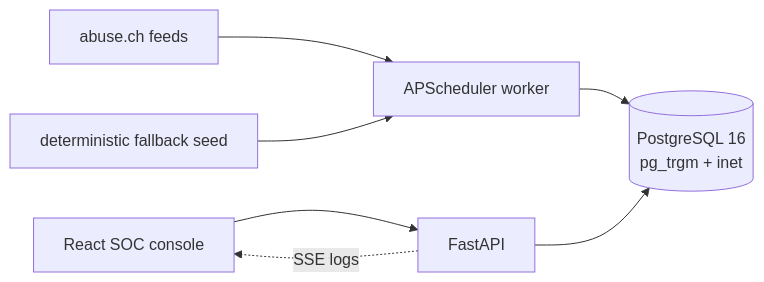
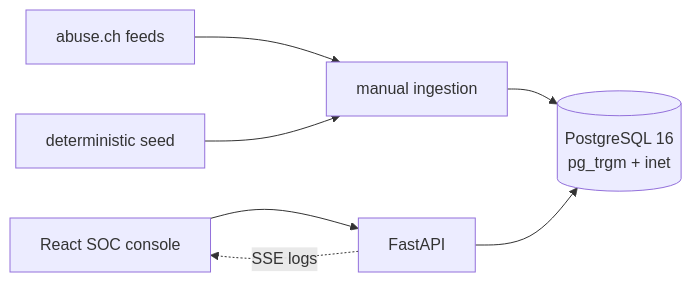
The diagram in README.md (shiva-shanmugam/iocFeed), drawn with Mermaid before and after one commit. The commit also changed other lines of this file and 20 other files, not shown here.

````diff
--- a/README.md
+++ b/README.md
@@ -7,9 +7,9 @@
 ```mermaid
 flowchart LR
-  Abuse[abuse.ch feeds] --> Worker[APScheduler worker]
-  Seed[deterministic fallback seed] --> Worker
-  Worker --> DB[(PostgreSQL 16\npg_trgm + inet)]
+  Abuse[abuse.ch feeds] --> Ingest[manual ingestion]
+  Seed[deterministic seed] --> Ingest
+  Ingest --> DB[(PostgreSQL 16\npg_trgm + inet)]
   Browser[React SOC console] --> API[FastAPI]
   API --> DB
   API -. SSE logs .-> Browser
 ```
````
